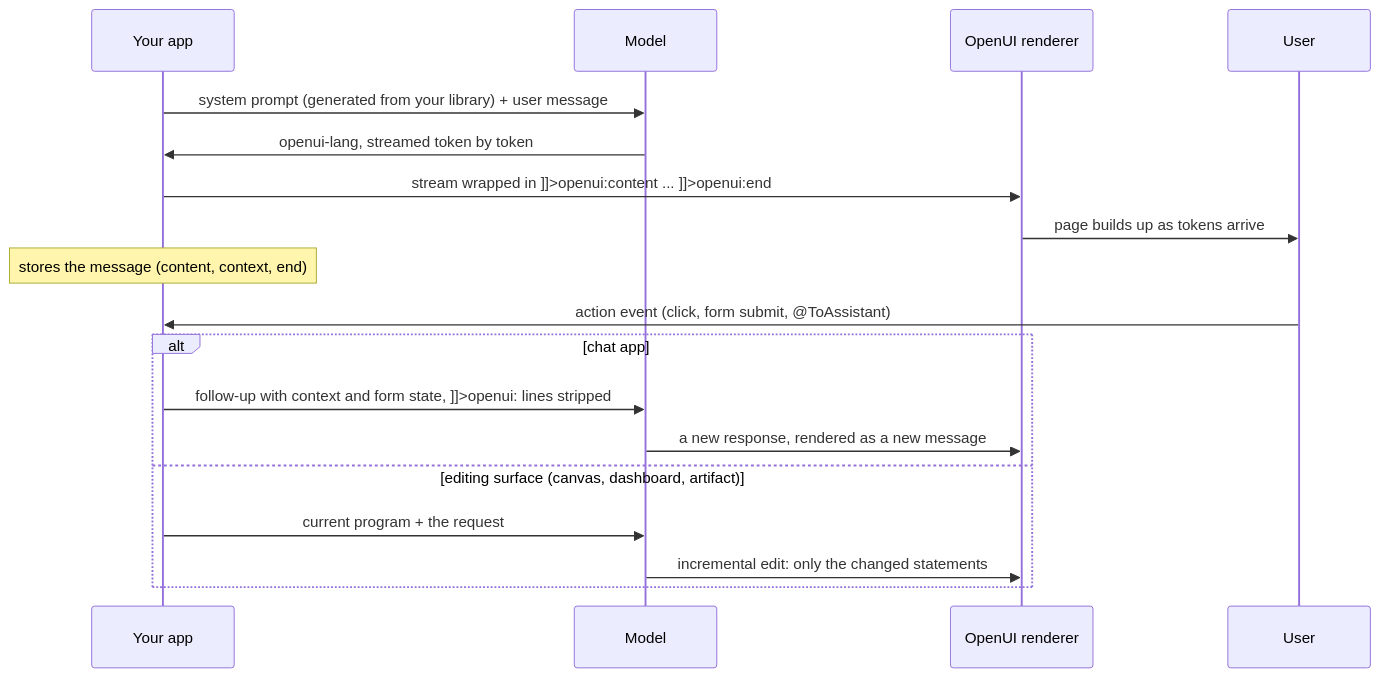
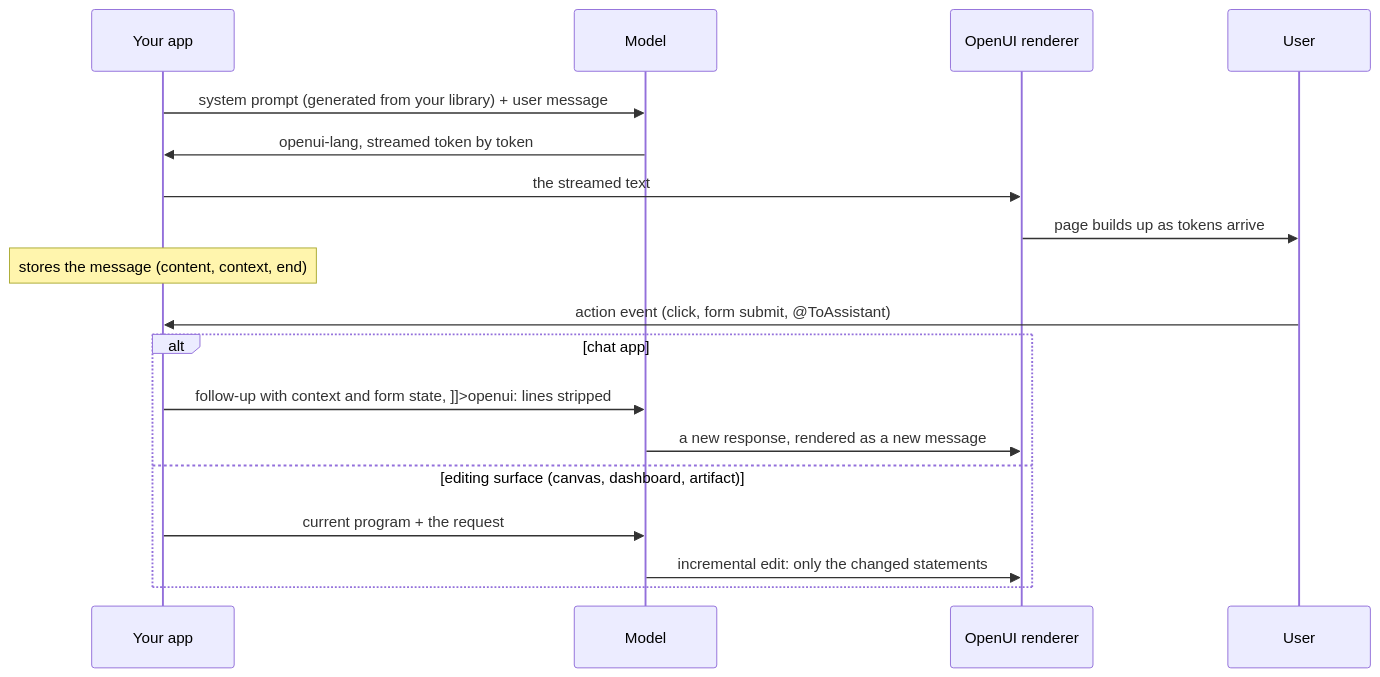
The second of 2 diagrams in spec/overview.md (thesysdev/crayon), drawn with Mermaid before and after one commit. The commit also changed other lines of this file and 2 other files, not shown here.

````diff
--- a/spec/overview.md
+++ b/spec/overview.md
@@ -85,20 +84,20 @@
 ```mermaid
 sequenceDiagram
     participant App as Your app
     participant Model
     participant Renderer as OpenUI renderer
     participant User
     App->>Model: system prompt (generated from your library) + user message
     Model->>App: openui-lang, streamed token by token
-    App->>Renderer: stream wrapped in ]]>openui:content ... ]]>openui:end
+    App->>Renderer: the streamed text
     Renderer->>User: page builds up as tokens arrive
     Note over App: stores the message (content, context, end)
     User->>App: action event (click, form submit, @ToAssistant)
     alt chat app
         App->>Model: follow-up with context and form state, ]]>openui: lines stripped
         Model->>Renderer: a new response, rendered as a new message
     else editing surface (canvas, dashboard, artifact)
         App->>Model: current program + the request
         Model->>Renderer: incremental edit: only the changed statements
     end
 ```
````
